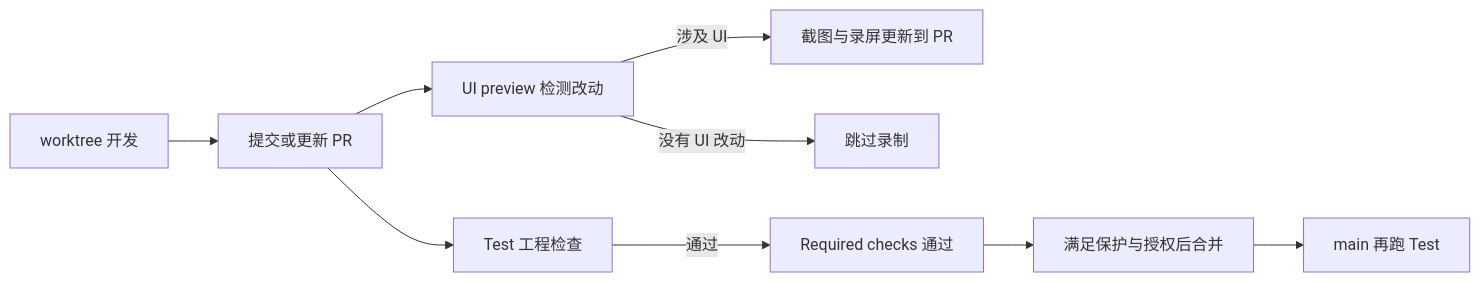
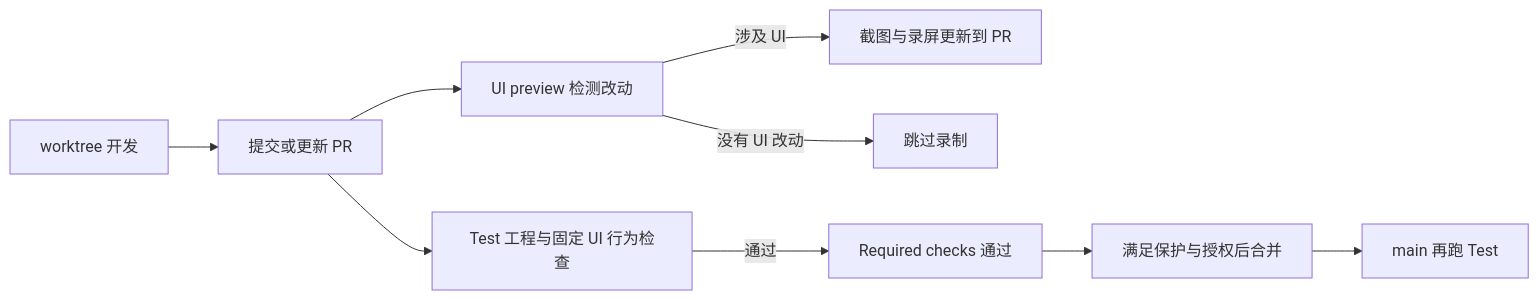
Before and after one commit to 6owen/boai-agent: the diagram in UI_TEST_CI.md, drawn with Mermaid. The commit also changed other lines of this file and 35 other files, not shown here.

````diff
--- a/UI_TEST_CI.md
+++ b/UI_TEST_CI.md
@@ -43,11 +44,11 @@
 ```mermaid
 flowchart LR
   A[worktree 开发] --> B[提交或更新 PR]
-  B --> C[Test 工程检查]
+  B --> C[Test 工程与固定 UI 行为检查]
   B --> D[UI preview 检测改动]
   D -->|涉及 UI| E[截图与录屏更新到 PR]
   D -->|没有 UI 改动| F[跳过录制]
   C -->|通过| G[Required checks 通过]
   G --> H[满足保护与授权后合并]
   H --> I[main 再跑 Test]
 ```
````
